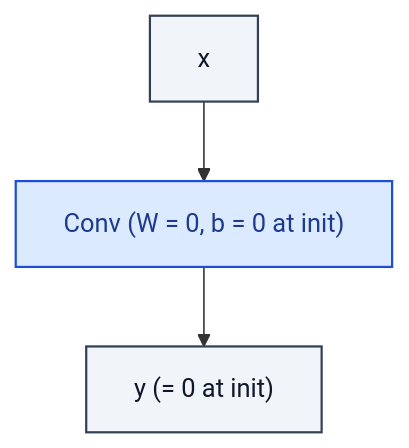
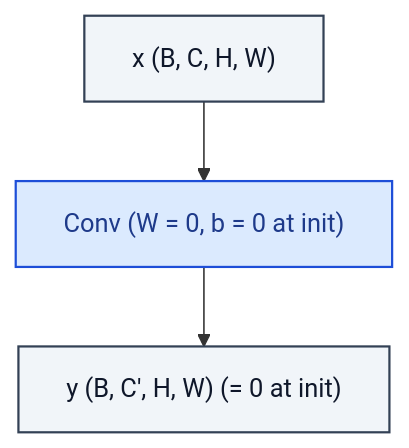
One commit to RealityShifts/Srivastava-book-of-Blocks-diagrams changed the diagram in unet_diffusion/ZeroConv2d.md. Above: the diagram before and after it, drawn with Mermaid. The commit also changed 123 other files, not shown here.

````diff
--- a/unet_diffusion/ZeroConv2d.md
+++ b/unet_diffusion/ZeroConv2d.md
@@ -7,17 +7,18 @@
 ```mermaid
 flowchart TD
-    n0_0["x"]:::io
+    n0_0["x  (B, C, H, W)"]:::io
     n1_0["Conv  (W = 0, b = 0 at init)"]:::op
-    n2_0["y  (= 0 at init)"]:::io
+    n2_0["y  (B, C', H, W)  (= 0 at init)"]:::io
     n0_0 --> n1_0
     n1_0 --> n2_0
     classDef io fill:#f1f5f9,stroke:#334155,stroke-width:1.4px,color:#0f172a
     classDef op fill:#dbeafe,stroke:#1d4ed8,stroke-width:1.4px,color:#1e3a8a
     classDef norm fill:#dcfce7,stroke:#15803d,stroke-width:1.4px,color:#14532d
     classDef act fill:#ffedd5,stroke:#c2410c,stroke-width:1.4px,color:#7c2d12
     classDef attn fill:#ede9fe,stroke:#6d28d9,stroke-width:1.4px,color:#4c1d95
     classDef merge fill:#fef3c7,stroke:#b45309,stroke-width:1.4px,color:#78350f
     classDef emb fill:#fef9c3,stroke:#a16207,stroke-width:1.4px,color:#713f12
     classDef loss fill:#fee2e2,stroke:#b91c1c,stroke-width:1.4px,color:#7f1d1d
     classDef ctrl fill:#f5f5f4,stroke:#52525b,stroke-width:1.4px,color:#27272a
+    classDef ref fill:#e0f2fe,stroke:#0369a1,stroke-width:2px,color:#0c4a6e,stroke-dasharray: 4 2
 ```
````
